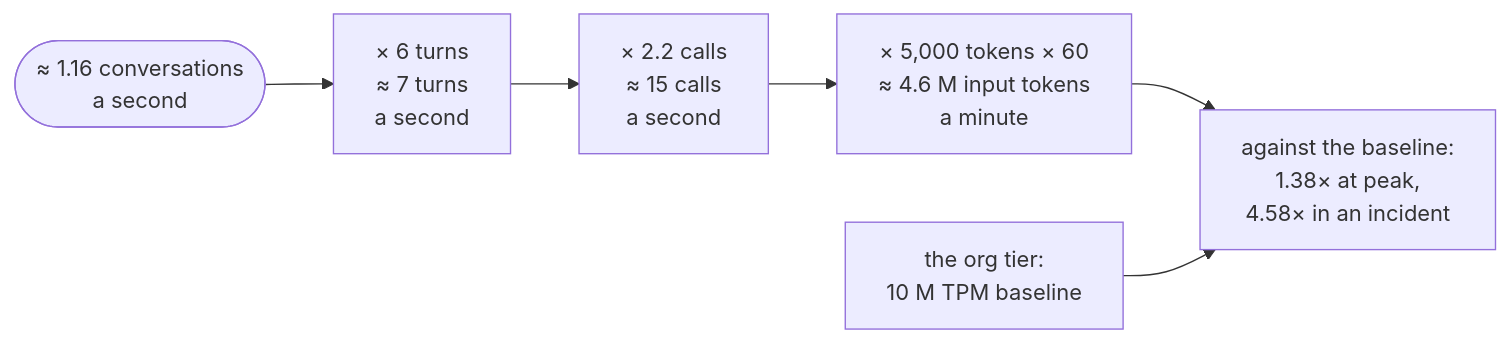
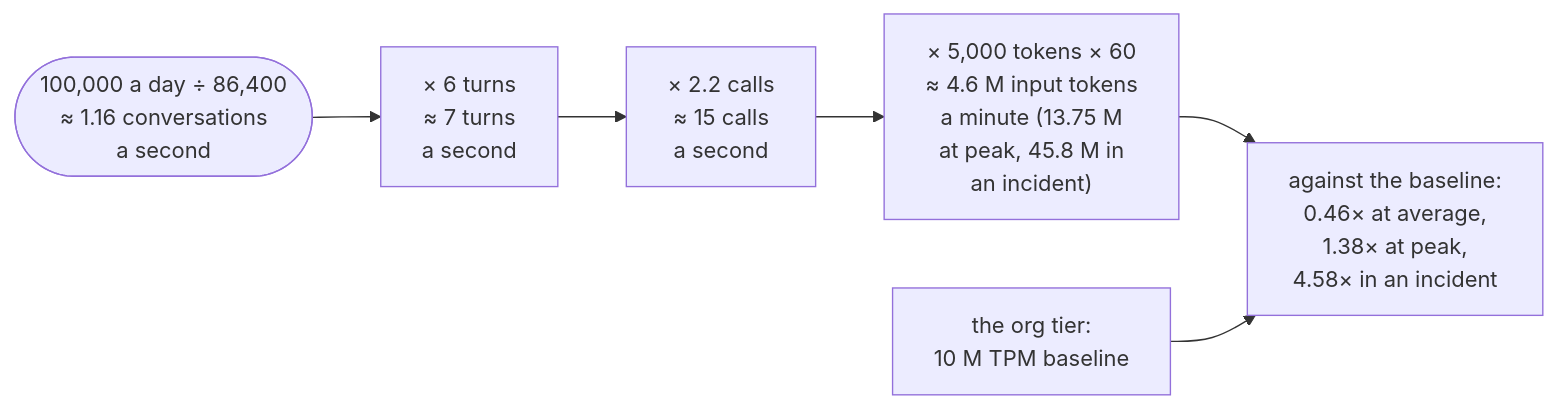
Before and after one commit to aniryou/full-stack-agentic-engineer: the first of 3 diagrams in 06-gateway/scaling-admission-cost/agentic-scaling-lab/docs/01-scaling-primer.md, drawn with Mermaid. The commit also changed other lines of this file and 340 other files, not shown here.

````diff
--- a/06-gateway/scaling-admission-cost/agentic-scaling-lab/docs/01-scaling-primer.md
+++ b/06-gateway/scaling-admission-cost/agentic-scaling-lab/docs/01-scaling-primer.md
@@ -213,8 +213,8 @@
 ```mermaid
 flowchart LR
-    C(["≈ 1.16 conversations<br/>a second"]) --> T["× 6 turns<br/>≈ 7 turns<br/>a second"]
+    C(["100,000 a day ÷ 86,400<br/>≈ 1.16 conversations<br/>a second"]) --> T["× 6 turns<br/>≈ 7 turns<br/>a second"]
     T --> M["× 2.2 calls<br/>≈ 15 calls<br/>a second"]
-    M --> TPM["× 5,000 tokens × 60<br/>≈ 4.6 M input tokens<br/>a minute"]
-    TPM --> CMP["against the baseline:<br/>1.38× at peak,<br/>4.58× in an incident"]
+    M --> TPM["× 5,000 tokens × 60<br/>≈ 4.6 M input tokens<br/>a minute (13.75 M<br/>at peak, 45.8 M in<br/>an incident)"]
+    TPM --> CMP["against the baseline:<br/>0.46× at average,<br/>1.38× at peak,<br/>4.58× in an incident"]
     BASE["the org tier:<br/>10 M TPM baseline"] --> CMP
 ```
````
